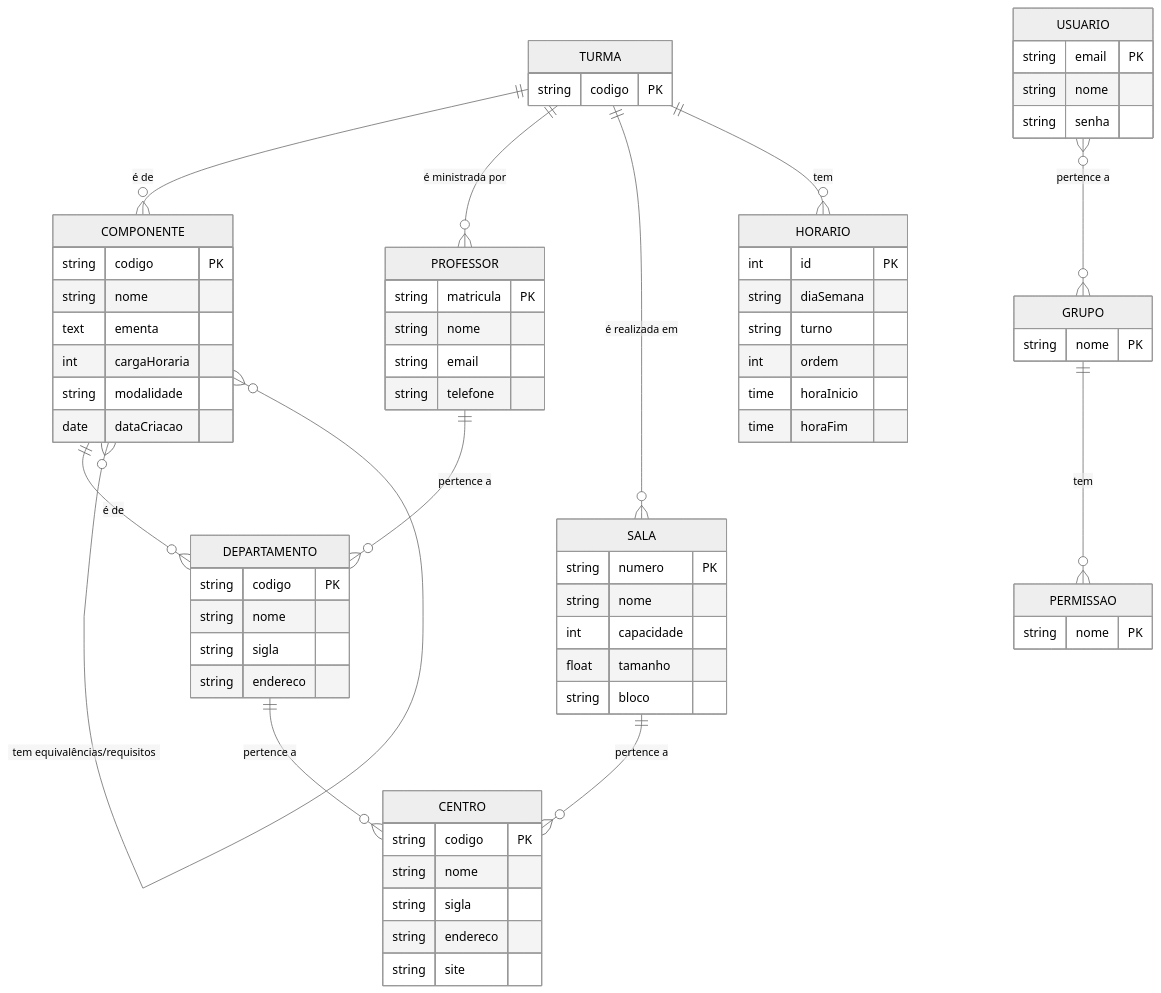
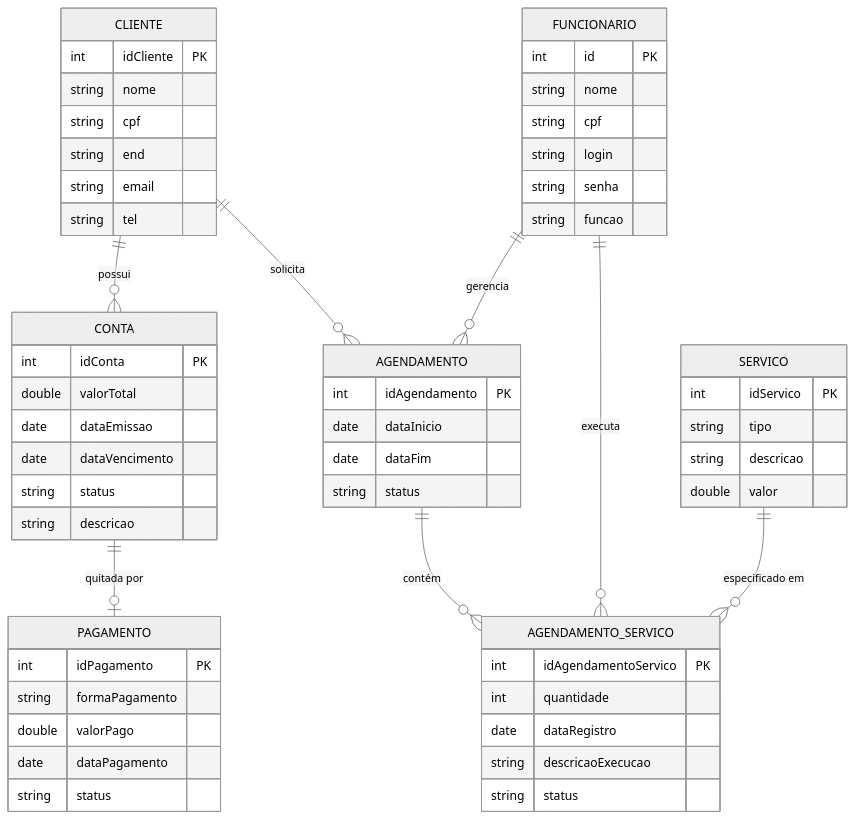
Before and after one commit to Marcos0183/SolEnergy_Engenharia: the diagram in Docs/doc-iteracao.md, drawn with Mermaid (neutral theme). The commit also changed other lines of this file, not shown here.

````diff
--- a/Docs/doc-iteracao.md
+++ b/Docs/doc-iteracao.md
@@ -154,80 +99,66 @@
 ```mermaid
 erDiagram
-    CENTRO {
-        string codigo PK
+    CLIENTE {
+        int idCliente PK
         string nome
-        string sigla
-        string endereco
-        string site
+        string cpf
+        string end
+        string email
+        string tel
     }
 
+    CONTA {
+        int idConta PK
+        double valorTotal
+        date dataEmissao
+        date dataVencimento
+        string status
+        string descricao
+    }
+    CLIENTE ||--o{ CONTA : "possui"
 
-    DEPARTAMENTO {
-        string codigo PK
+    PAGAMENTO {
+        int idPagamento PK
+        string formaPagamento
+        double valorPago
+        date dataPagamento
+        string status
+    }
+    CONTA ||--o| PAGAMENTO : "quitada por"
+
+    FUNCIONARIO {
+        int id PK
         string nome
-        string sigla
-        string endereco
-    }
-    DEPARTAMENTO ||--o{ CENTRO : "pertence a"
-
-    SALA {
-        string numero PK
-        string nome
-        int capacidade
-        float tamanho
-        string bloco
-    }
-    SALA ||--o{ CENTRO : "pertence a"
-
-    COMPONENTE {
-        string codigo PK
-        string nome
-        text ementa
-        int cargaHoraria
-        string modalidade
-        date dataCriacao
-    }
-    COMPONENTE ||--o{ DEPARTAMENTO : "é de"
-    COMPONENTE }o--o{ COMPONENTE : "tem equivalências/requisitos"
-
-    HORARIO {
-        int id PK
-        string diaSemana
-        string turno
-        int ordem
-        time horaInicio
-        time horaFim
+        string cpf
+        string login
+        string senha
+        string funcao
     }
 
-    PROFESSOR {
-        string matricula PK
-        string nome
-        string email
-        string telefone
+    AGENDAMENTO {
+        int idAgendamento PK
+        date dataInicio
+        date dataFim
+        string status
     }
-    PROFESSOR ||--o{ DEPARTAMENTO : "pertence a"
+    CLIENTE ||--o{ AGENDAMENTO : "solicita"
+    FUNCIONARIO ||--o{ AGENDAMENTO : "gerencia"
 
-    TURMA {
-        string codigo PK
+    AGENDAMENTO_SERVICO {
+        int idAgendamentoServico PK
+        int quantidade
+        date dataRegistro
+        string descricaoExecucao
+        string status
     }
-    TURMA ||--o{ COMPONENTE : "é de"
-    TURMA ||--o{ PROFESSOR : "é ministrada por"
-    TURMA ||--o{ SALA : "é realizada em"
-    TURMA ||--o{ HORARIO : "tem"
+    AGENDAMENTO ||--o{ AGENDAMENTO_SERVICO : "contém"
+    FUNCIONARIO ||--o{ AGENDAMENTO_SERVICO : "executa"
 
-    USUARIO {
-        string email PK
-        string nome
-        string senha
+    SERVICO {
+        int idServico PK
+        string tipo
+        string descricao
+        double valor
     }
-    USUARIO }o--o{ GRUPO : "pertence a"
-
-    GRUPO {
-        string nome PK
-    }
-    GRUPO ||--o{ PERMISSAO : "tem"
-
-    PERMISSAO {
-        string nome PK
-    }
+    SERVICO ||--o{ AGENDAMENTO_SERVICO : "especificado em"
 ```
````
